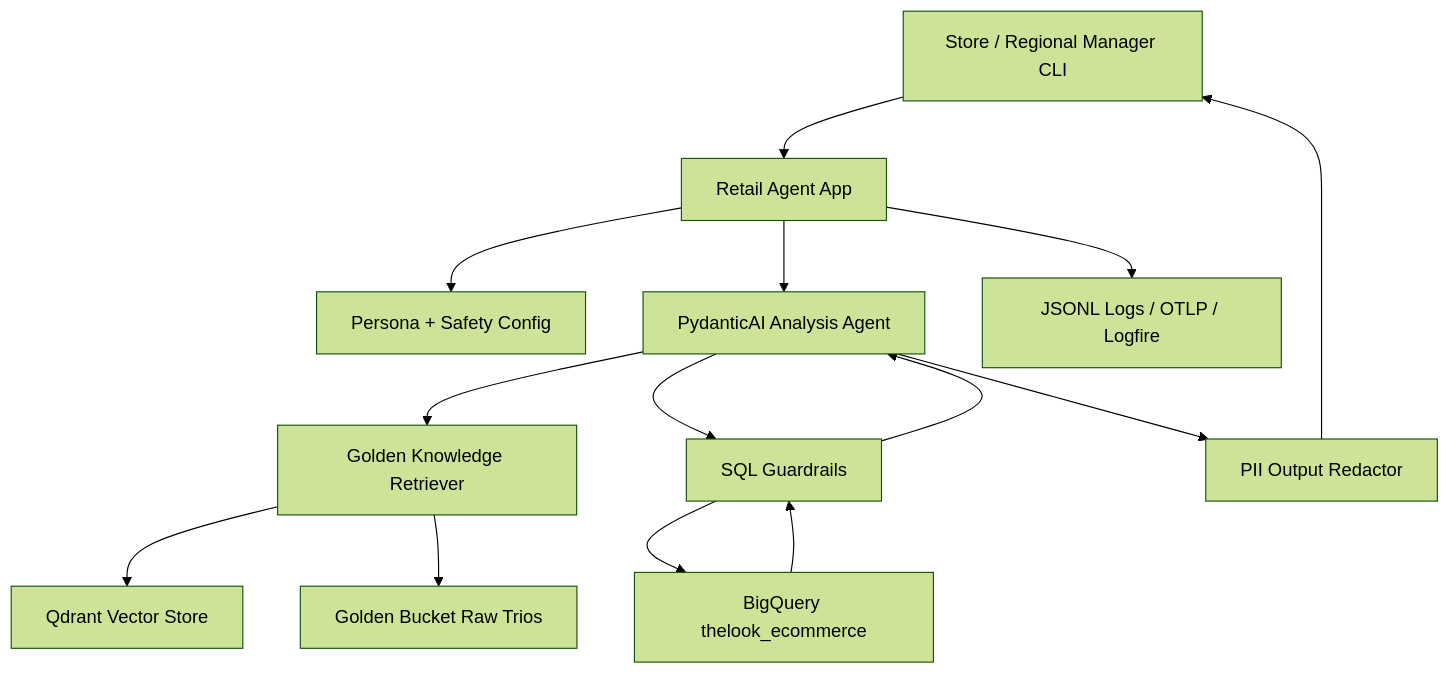
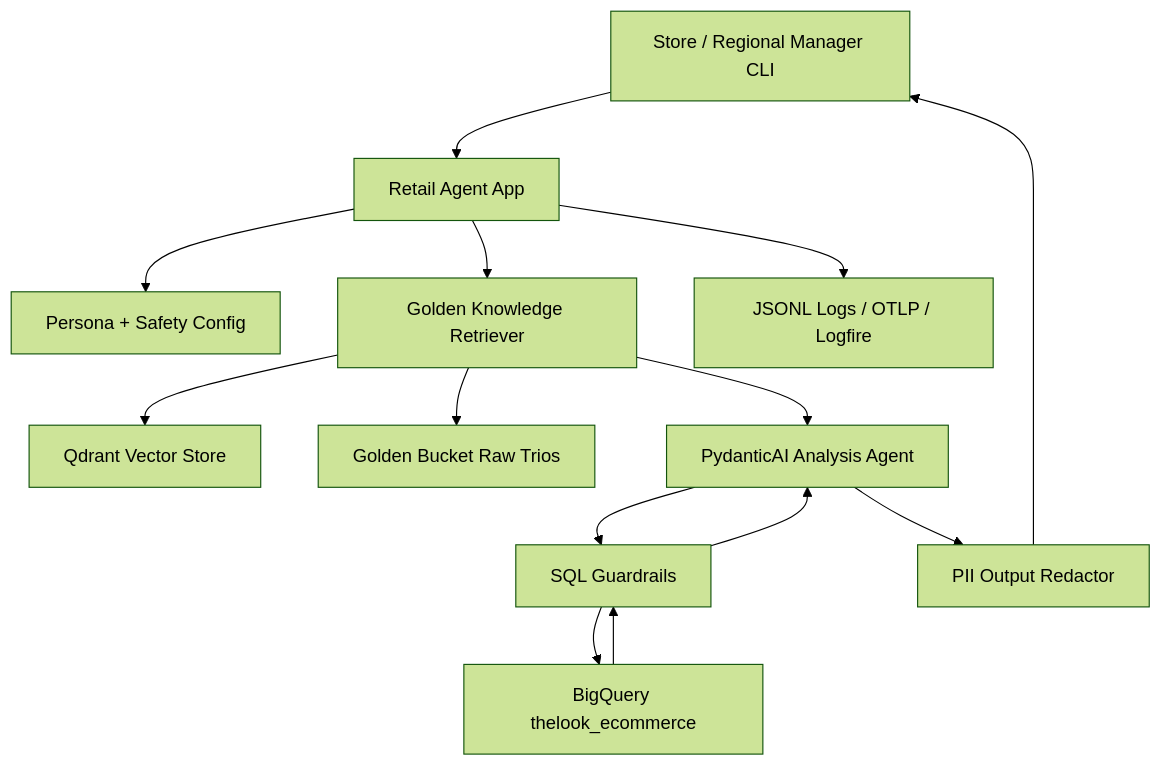
Before and after one commit to eugenenazirov/data-analysis-chat-assistant: the first of 2 diagrams in docs/architecture.md, drawn with Mermaid (forest theme). The commit also changed other lines of this file and 4 other files, not shown here.

Commit message:
fix: prefetch golden knowledge for agent runs

````diff
--- a/docs/architecture.md
+++ b/docs/architecture.md
@@ -5,16 +5,16 @@
 ```mermaid
 flowchart TD
     Manager["Store / Regional Manager CLI"] --> App["Retail Agent App"]
     App --> Config["Persona + Safety Config"]
-    App --> Agent["PydanticAI Analysis Agent"]
-    Agent --> Retriever["Golden Knowledge Retriever"]
+    App --> Retriever["Golden Knowledge Retriever"]
     Retriever --> Qdrant["Qdrant Vector Store"]
     Retriever --> GoldenRaw["Golden Bucket Raw Trios"]
+    Retriever --> Agent["PydanticAI Analysis Agent"]
     Agent --> Guard["SQL Guardrails"]
     Guard --> BQ["BigQuery thelook_ecommerce"]
     BQ --> Guard
     Guard --> Agent
     Agent --> Redactor["PII Output Redactor"]
     Redactor --> Manager
     App --> Logs["JSONL Logs / OTLP / Logfire"]
 ```
````
